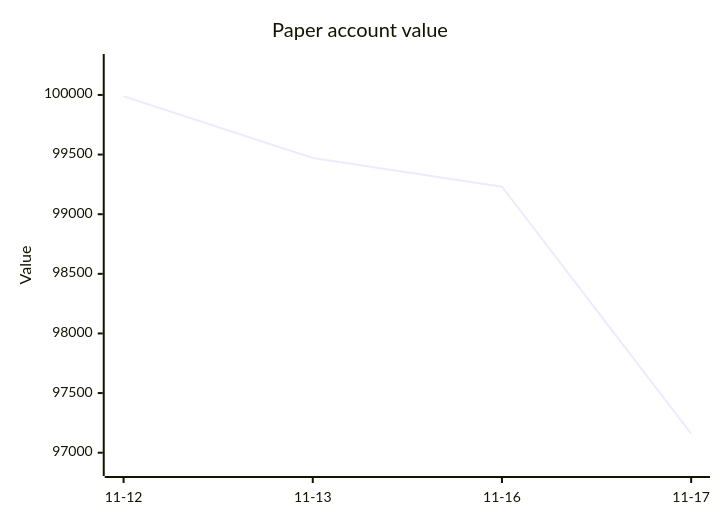
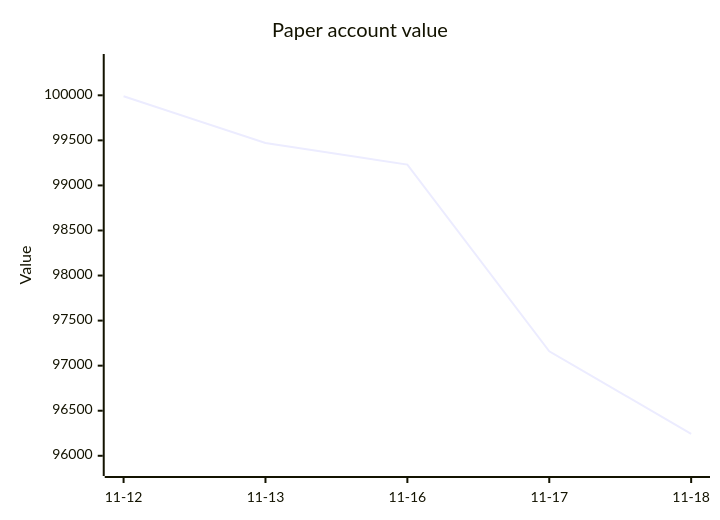
One commit to owlpowell50-creator/trading-bot changed the second of 2 diagrams in 00 - Bot Dashboard.md. Above: the diagram before and after it, drawn with Mermaid. The commit also changed other lines of this file and 13 other files, not shown here.

````diff
--- a/00 - Bot Dashboard.md
+++ b/00 - Bot Dashboard.md
@@ -62,7 +63,7 @@
 ```mermaid
 xychart-beta
     title "Paper account value"
-    x-axis ["11-12", "11-13", "11-16", "11-17"]
-    y-axis "Value" 96876 --> 100272
-    line [99989.1, 99470.6, 99230.9, 97159.3]
+    x-axis ["11-12", "11-13", "11-16", "11-17", "11-18"]
+    y-axis "Value" 95870 --> 100364
+    line [99989.1, 99470.6, 99230.9, 97159.3, 96244.1]
 ```
````
